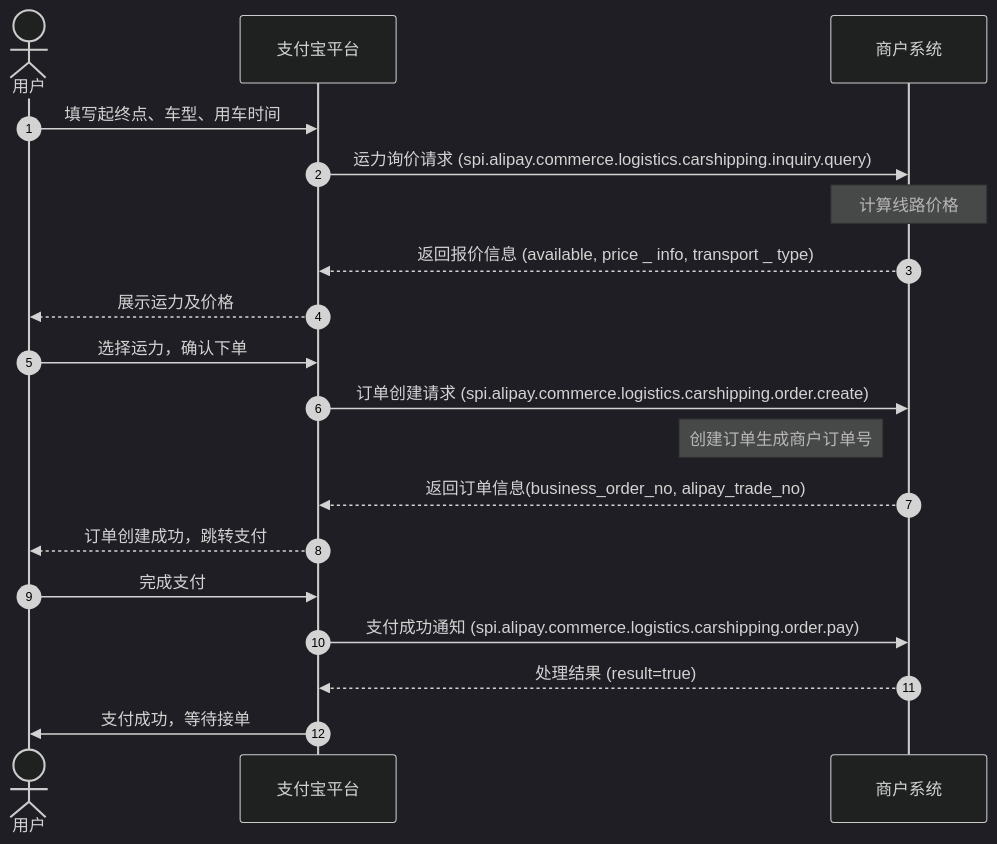
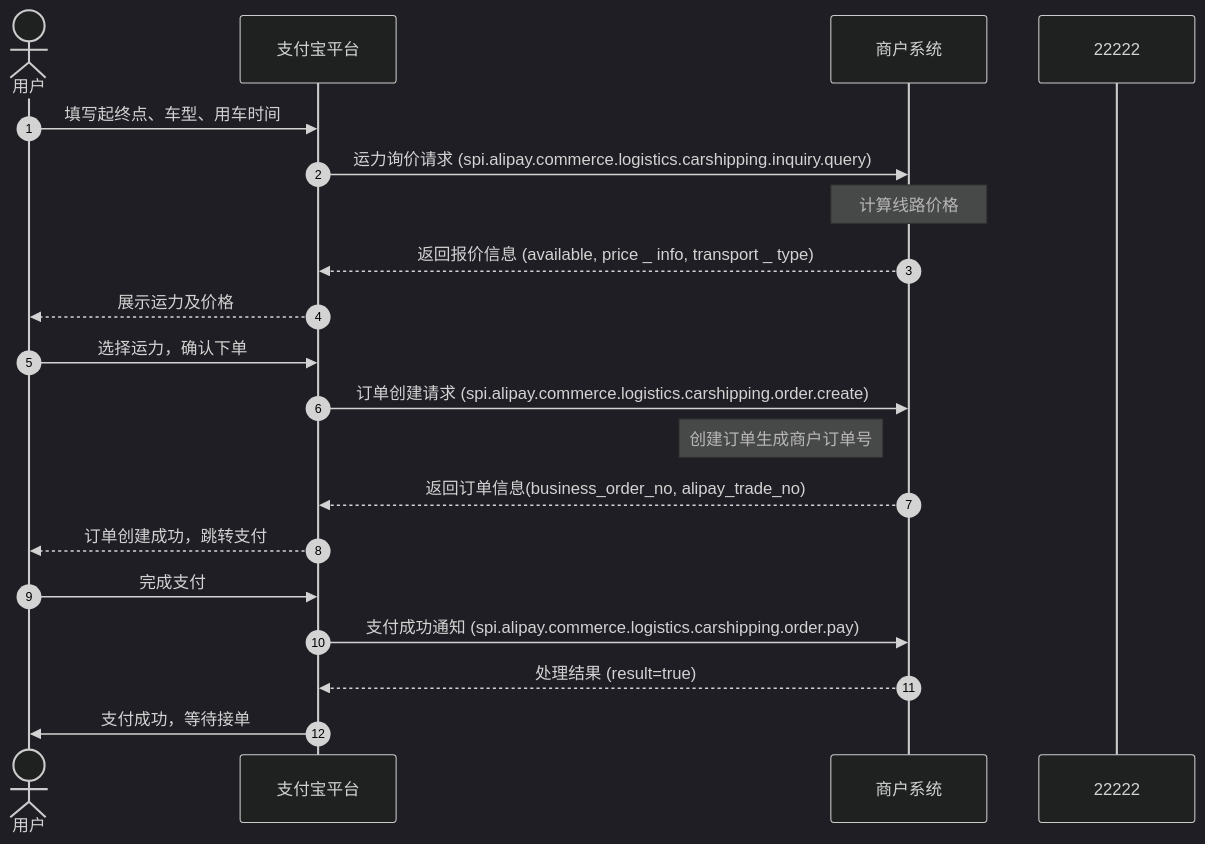
Before and after one commit to pingpm/mermaid_vault: the diagram in notes/test_dba1b258-be6a-414c-9967-aedbcccfa44f.md, drawn with Mermaid (dark theme). The commit also changed 2 other files, not shown here.

Commit message:
Sync Mermaid Studio data (8 diagrams)

````diff
--- a/notes/test_dba1b258-be6a-414c-9967-aedbcccfa44f.md
+++ b/notes/test_dba1b258-be6a-414c-9967-aedbcccfa44f.md
@@ -3,22 +3,23 @@
 ```mermaid
 sequenceDiagram
   autonumber
   actor p0 as 用户
   participant p1 as 支付宝平台
   participant p2 as 商户系统
+  participant p3 as 22222
   p0->>p1: 填写起终点、⻋型、⽤⻋时间
   p1->>p2: 运⼒询价请求 (spi.alipay.commerce.logistics.carshipping.inquiry.query)
   Note over p2: 计算线路价格
   p2-->>p1: 返回报价信息 (available, price _ info, transport _ type)
   p1-->>p0: 展示运⼒及价格
   p0->>p1: 选择运⼒，确认下单
   p1->>p2: 订单创建请求 (spi.alipay.commerce.logistics.carshipping.order.create)
   Note left of p2: 创建订单⽣成商户订单号
   p2-->>p1: 返回订单信息(business_order_no, alipay_trade_no)
   p1-->>p0: 订单创建成功，跳转⽀付
   p0->>p1: 完成⽀付
   p1->>p2: ⽀付成功通知 (spi.alipay.commerce.logistics.carshipping.order.pay)
   p2-->>p1: 处理结果 (result=true)
   p1->>p0: ⽀付成功，等待接单
 
 ```
````
